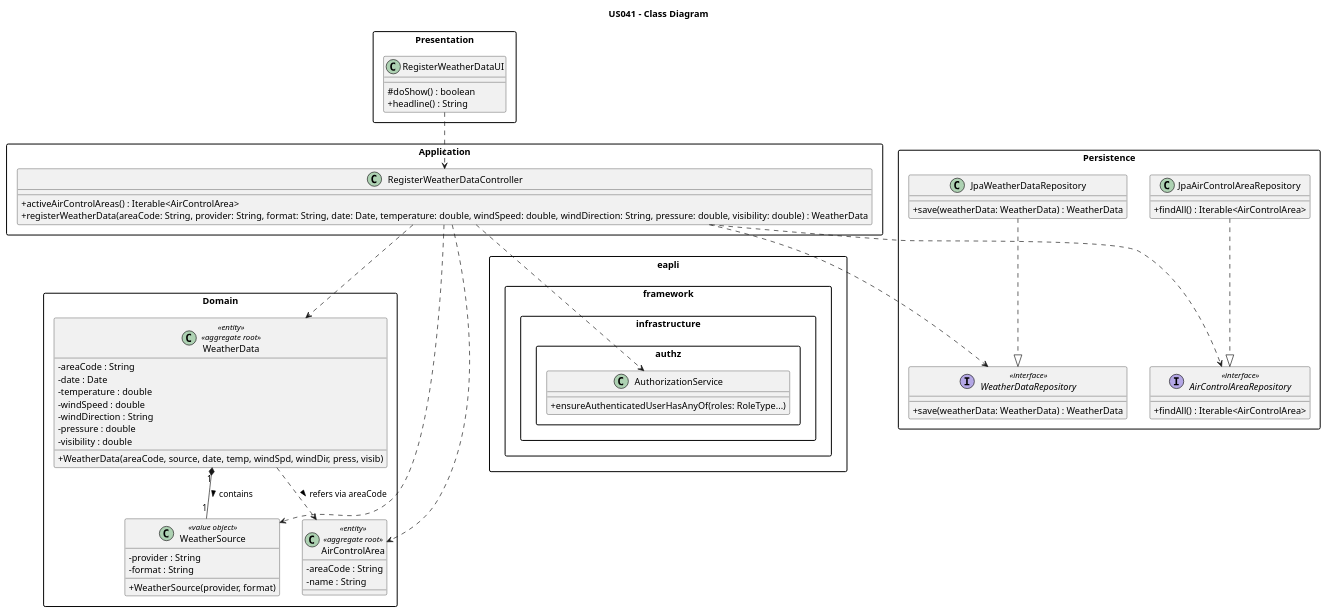
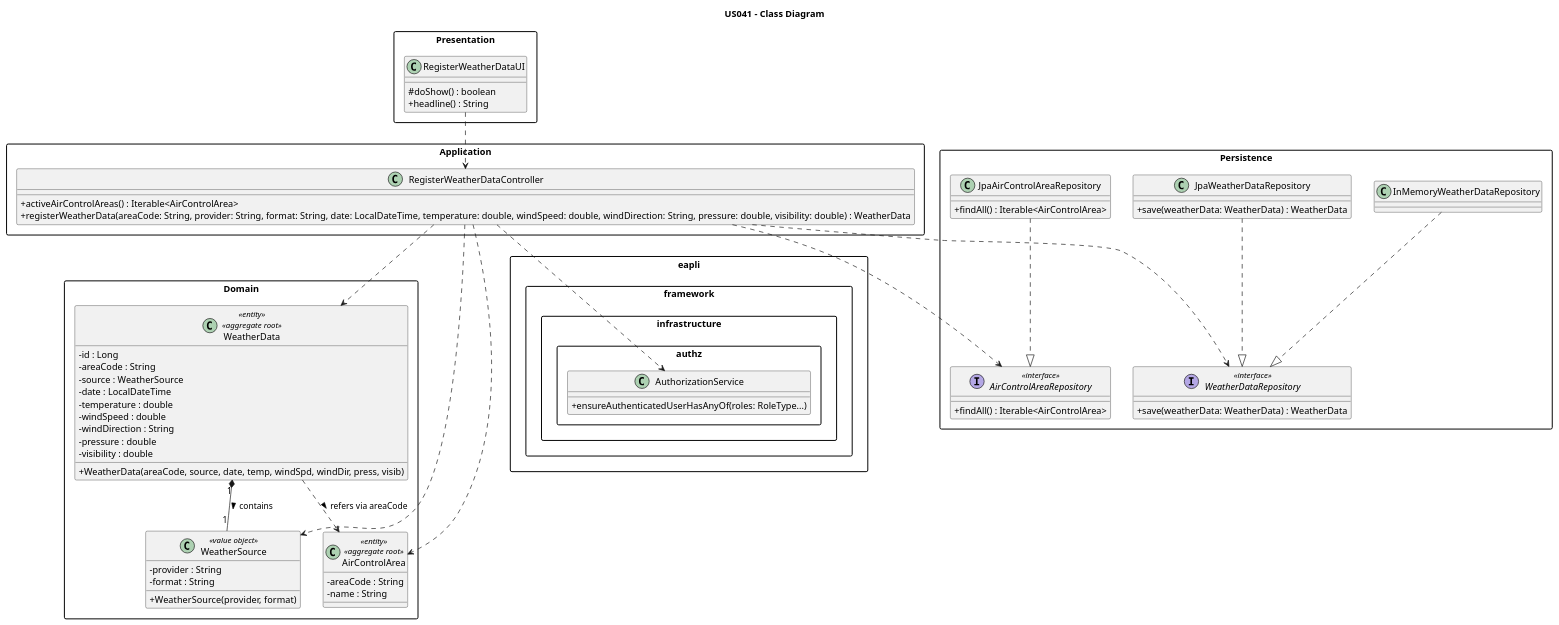
Before and after one commit to brunodspinto/aisafe: the diagram in aisafe.base/docs/user-stories/us041/puml/US041-class-diagram.puml, drawn with PlantUML. The commit also changed 1 other file, not shown here.

Commit message:
Update README.md and class diagram for WeatherData implementation details #38

```diff
--- a/aisafe.base/docs/user-stories/us041/puml/US041-class-diagram.puml
+++ b/aisafe.base/docs/user-stories/us041/puml/US041-class-diagram.puml
@@ -1,91 +1,97 @@
 @startuml
 skinparam classAttributeIconSize 0
 skinparam shadowing false
 skinparam packageStyle rectangle
 
 title US041 - Class Diagram
 
 package "Presentation" {
     class RegisterWeatherDataUI {
         # doShow() : boolean
         + headline() : String
     }
 }
 
 package "Application" {
     class RegisterWeatherDataController {
         + activeAirControlAreas() : Iterable<AirControlArea>
-        + registerWeatherData(areaCode: String, provider: String, format: String, date: Date, temperature: double, windSpeed: double, windDirection: String, pressure: double, visibility: double) : WeatherData
+        + registerWeatherData(areaCode: String, provider: String, format: String, date: LocalDateTime, temperature: double, windSpeed: double, windDirection: String, pressure: double, visibility: double) : WeatherData
     }
 }
 
 package "Domain" {
     class WeatherData <<entity>> <<aggregate root>> {
+        - id : Long
         - areaCode : String
-        - date : Date
+        - source : WeatherSource
+        - date : LocalDateTime
         - temperature : double
         - windSpeed : double
         - windDirection : String
         - pressure : double
         - visibility : double
         + WeatherData(areaCode, source, date, temp, windSpd, windDir, press, visib)
     }
 
     class WeatherSource <<value object>> {
         - provider : String
         - format : String
         + WeatherSource(provider, format)
     }
 
     class AirControlArea <<entity>> <<aggregate root>> {
         - areaCode : String
         - name : String
     }
 }
 
 package "Persistence" {
     interface WeatherDataRepository <<interface>> {
         + save(weatherData: WeatherData) : WeatherData
     }
 
     interface AirControlAreaRepository <<interface>> {
         + findAll() : Iterable<AirControlArea>
+    }
+
+    class InMemoryWeatherDataRepository {
     }
 
     class JpaWeatherDataRepository {
         + save(weatherData: WeatherData) : WeatherData
     }
 
     class JpaAirControlAreaRepository {
         + findAll() : Iterable<AirControlArea>
     }
 }
 
 package "eapli.framework.infrastructure.authz" {
     class AuthorizationService {
         + ensureAuthenticatedUserHasAnyOf(roles: RoleType...)
     }
 }
 
 ' Presentation and Application relationships
 RegisterWeatherDataUI ..> RegisterWeatherDataController
 RegisterWeatherDataController ..> AuthorizationService
 
 ' Controller to Domain relationships
 RegisterWeatherDataController ..> WeatherData
 RegisterWeatherDataController ..> WeatherSource
 RegisterWeatherDataController ..> AirControlArea
 
 ' Controller dependencies on Repositories (Interfaces)
 RegisterWeatherDataController ..> WeatherDataRepository
 RegisterWeatherDataController ..> AirControlAreaRepository
 
 ' Domain relationships
 WeatherData "1" *-- "1" WeatherSource : contains >
 WeatherData ..> AirControlArea : refers via areaCode >
 
-' Persistence implementations (JPA)
+' Persistence implementations
+InMemoryWeatherDataRepository ..|> WeatherDataRepository
 JpaWeatherDataRepository ..|> WeatherDataRepository
 JpaAirControlAreaRepository ..|> AirControlAreaRepository
 
 @enduml
```
